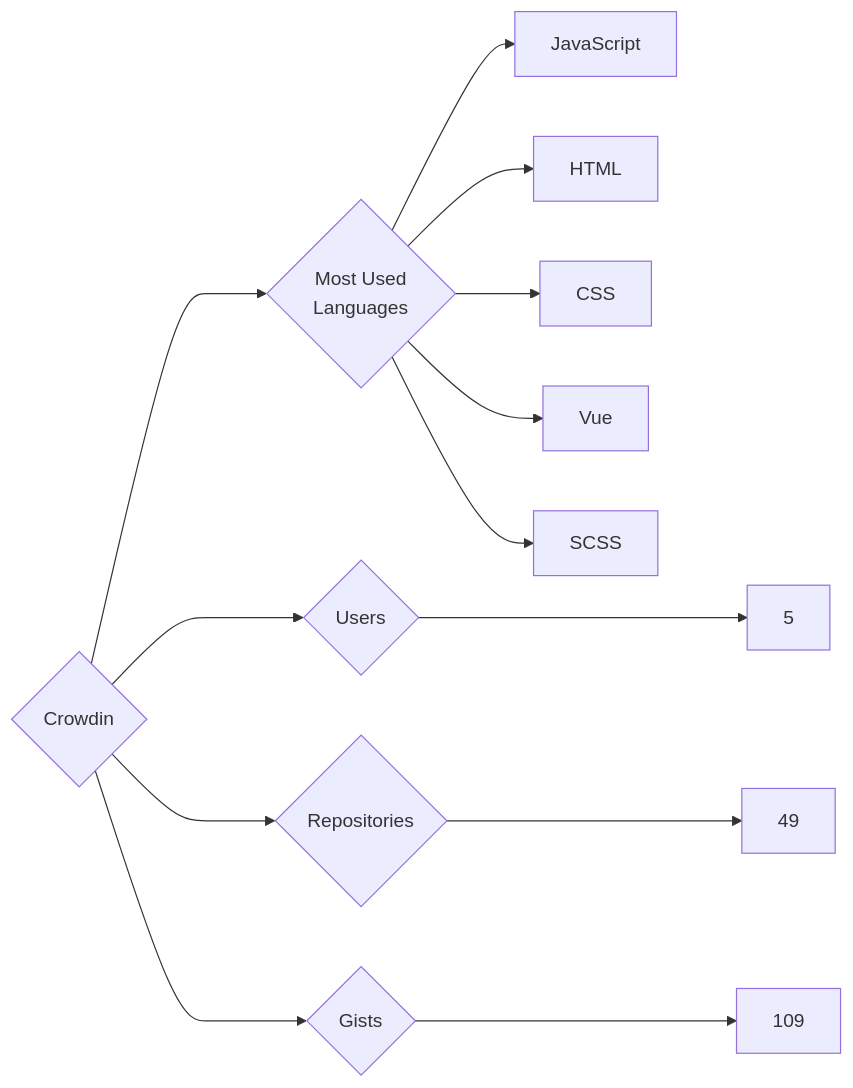
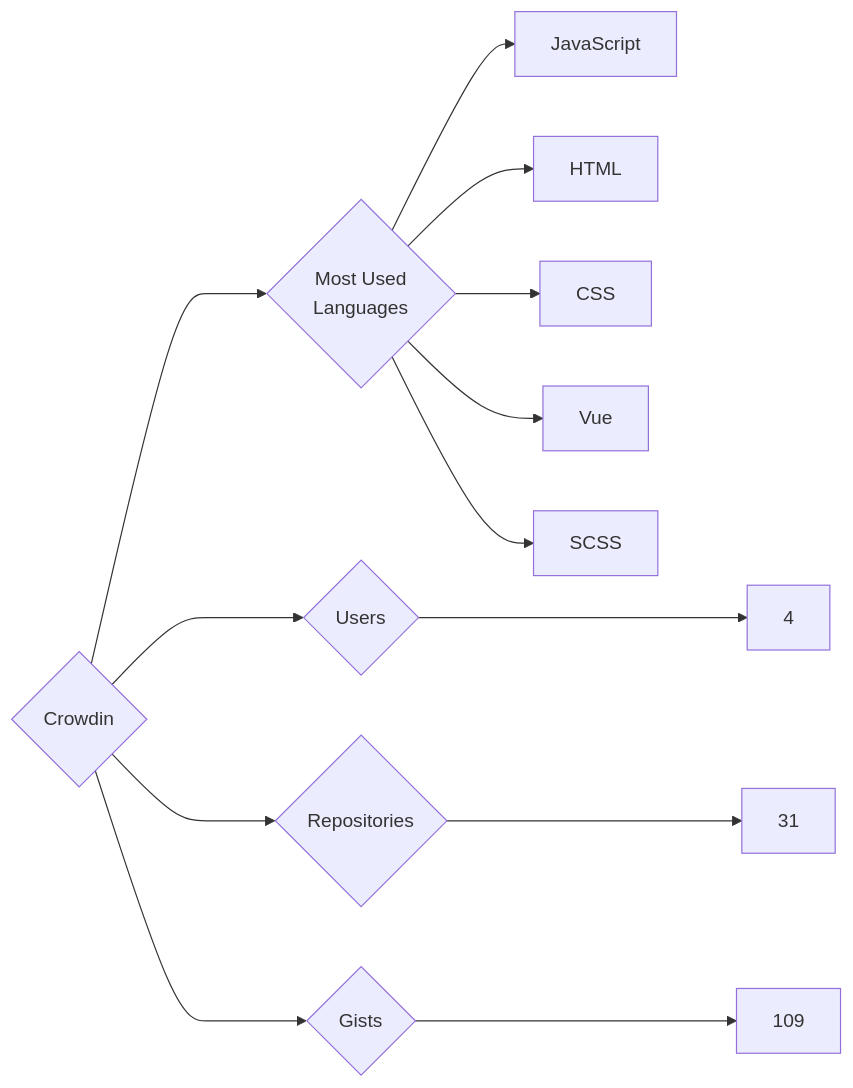
The diagram in targets/Crowdin/README.md (trickest/insiders), drawn with Mermaid before and after one commit. The commit also changed 776 other files, not shown here.

````diff
--- a/targets/Crowdin/README.md
+++ b/targets/Crowdin/README.md
@@ -3,13 +3,13 @@
 ```mermaid
 graph LR
 COMPANY_NAME{Crowdin}
-COMPANY_NAME ---> U{Users} ---> UN[5]
-COMPANY_NAME ---> R{Repositories} ---> RN[49]
+COMPANY_NAME ---> U{Users} ---> UN[4]
+COMPANY_NAME ---> R{Repositories} ---> RN[31]
 COMPANY_NAME ---> G{Gists} ---> GN[109]
 COMPANY_NAME ---> ML{Most Used<br>Languages}
 ML --> JavaScript[JavaScript]
 ML --> HTML[HTML]
 ML --> CSS[CSS]
 ML --> Vue[Vue]
 ML --> SCSS[SCSS]
 ```
````
